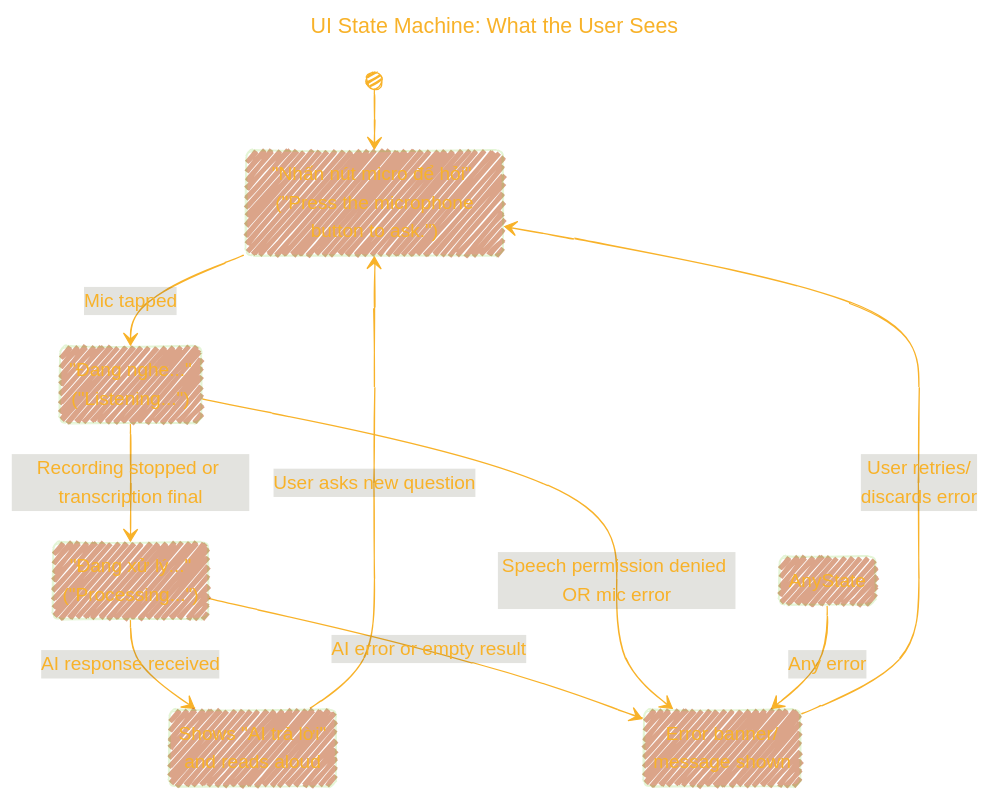
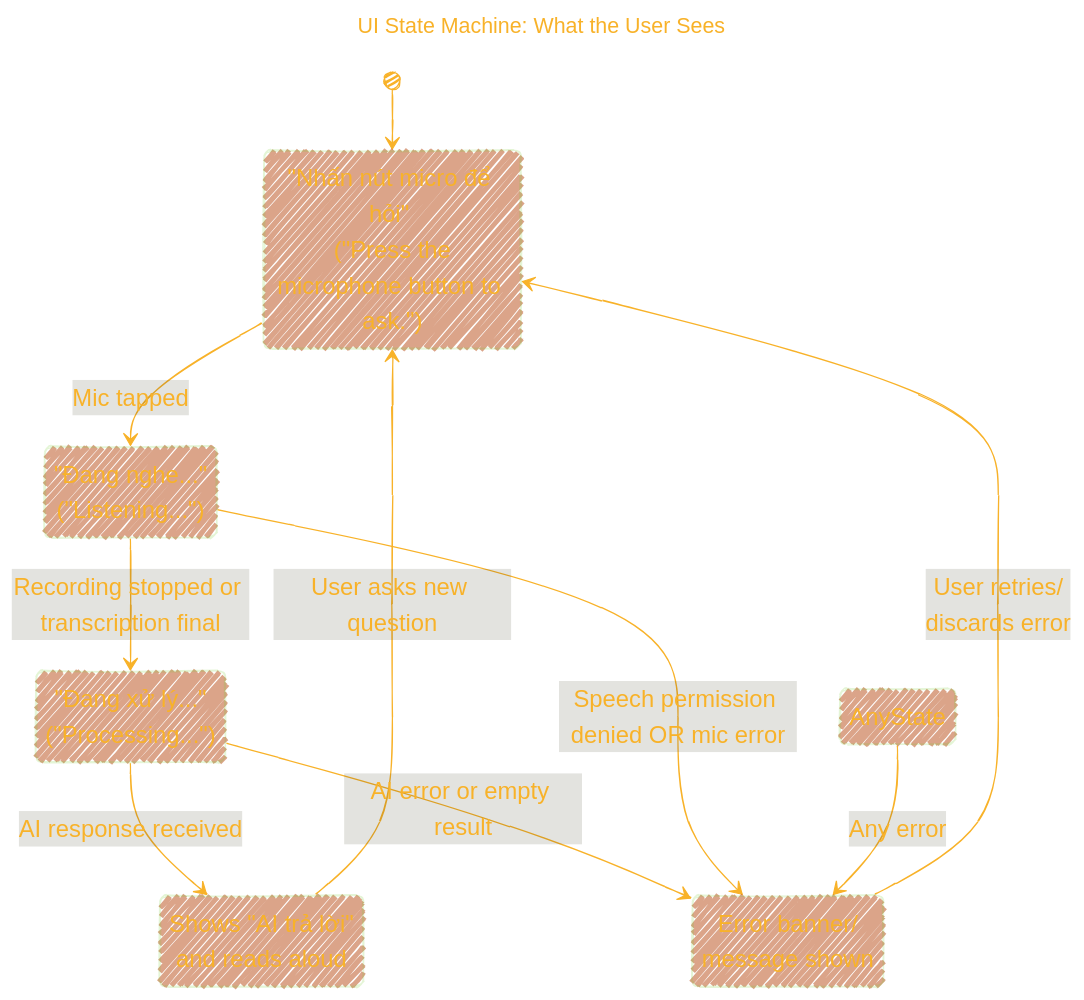
The second of 12 diagrams in Ask a Le/ChatWithLocalBot_V5/DOCUMENTATION_Draft.md (CongLeSolutionX/Ask-a-Le), drawn with Mermaid before and after one commit. The commit also changed other lines of this file, not shown here.

````diff
--- a/Ask a Le/ChatWithLocalBot_V5/DOCUMENTATION_Draft.md
+++ b/Ask a Le/ChatWithLocalBot_V5/DOCUMENTATION_Draft.md
@@ -129,41 +129,42 @@
 ```mermaid
 ---
 title: "UI State Machine: What the User Sees"
 config:
   look: handDrawn
   theme: base
 ---
 %%%%%%%% Mermaid version v11.4.1-b.14
 %%%%%%%% Available curve styles include the following keywords:
 %% basis, bumpX, bumpY, cardinal, catmullRom, linear, monotoneX, monotoneY, natural, step, stepAfter, stepBefore.
 %%{
   init: {
     'stateDiagram-v2': { 'htmlLabels': false},
     'fontFamily': 'verdana',
     'themeVariables': {
       'primaryColor': '#B528',
       'primaryTextColor': '#F8B229',
       'primaryBorderColor': '#7C33',
       'lineColor': '#F8B229',
       'secondaryColor': '#3312',
-      'tertiaryColor': '#fff'
+      'tertiaryColor': '#fff',
+      'fontSize': '20px'
     }
   }
 }%%
 stateDiagram-v2
   [*] --> Idle
   Idle : "Nhấn nút micro để hỏi" <br/> ("Press the microphone button to ask.")
   Idle --> Recording : Mic tapped
   Recording : "Đang nghe..." <br/> ("Listening...")
   Recording --> AIProcessing : Recording stopped or transcription final
   AIProcessing : "Đang xử lý..." <br/> ("Processing...")
   AIProcessing --> Answered : AI response received
   AIProcessing --> Error : AI error or empty result
   Recording --> Error : Speech permission denied OR mic error
   AnyState --> Error : Any error
   Error : Error banner/<br/>message shown
   Answered : Shows "AI trả lời" <br/>and reads aloud
   Error --> Idle : User retries/<br/>discards error
   Answered --> Idle : User asks new question
   
 ```
````
